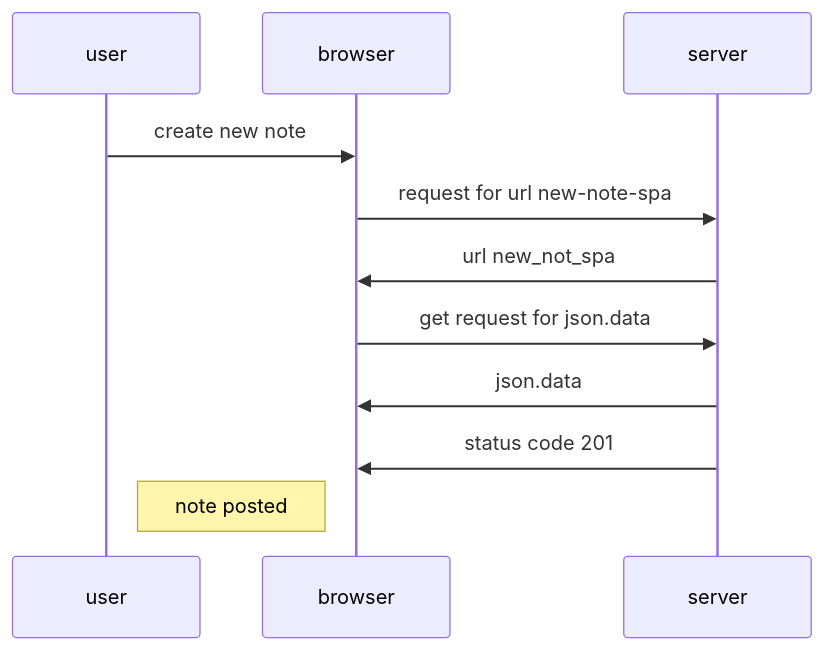
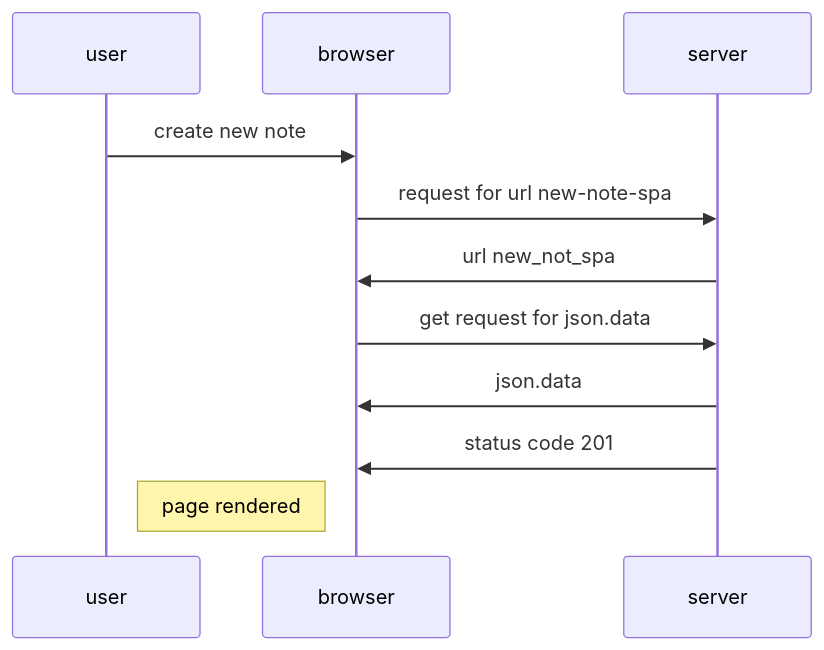
The diagram in Exercise 0.5.md (relleka/full-stack-open-2022-001), drawn with Mermaid before and after one commit.

Commit message:
Update Exercise 0.5.md

````diff
--- a/Exercise 0.5.md
+++ b/Exercise 0.5.md
@@ -1,10 +1,10 @@
 ```mermaid
 sequenceDiagram
 user->>browser: create new note 
 browser->>server: request for url new-note-spa
 server->>browser: url new_not_spa
 browser->>server: get request for json.data
 server->>browser: json.data 
 server->>browser: status code 201 
-note left of browser: note posted
+note left of browser: page rendered
 ```
````
